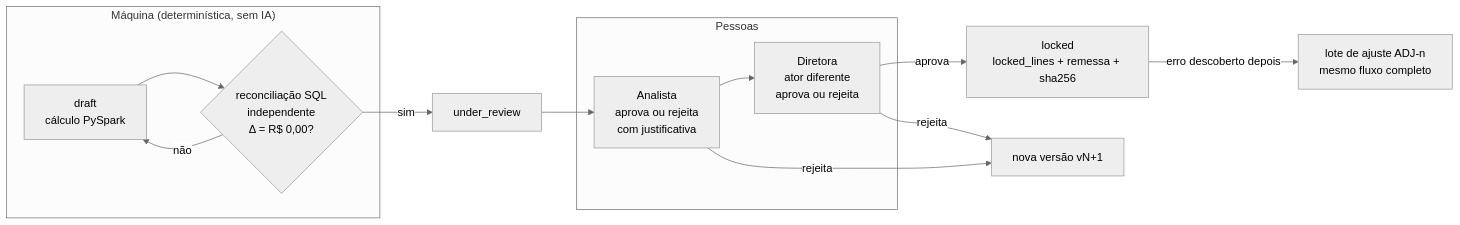
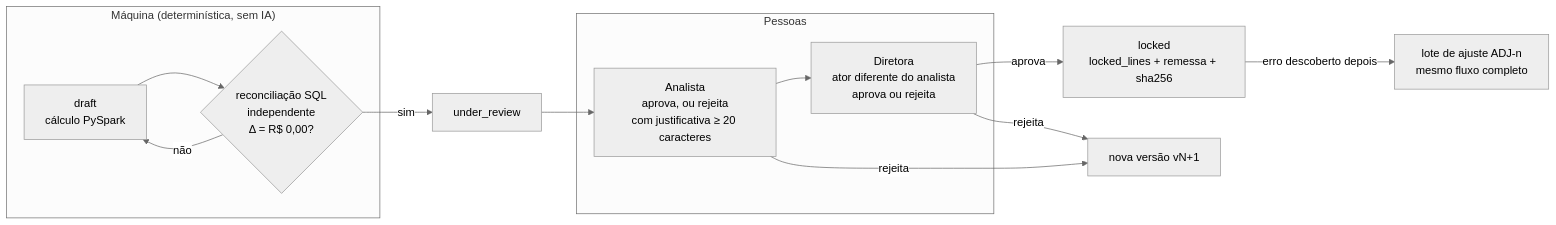
Before and after one commit to AndreFelippeVidal/atlas-recarga: the second of 2 diagrams in docs/architecture.md, drawn with Mermaid (neutral theme). The commit also changed other lines of this file and 1 other file, not shown here.

First line of the commit message:
fix(architecture): align claims with specs after spec-reviewer

````diff
--- a/docs/architecture.md
+++ b/docs/architecture.md
@@ -127,15 +127,15 @@
 ```mermaid
 flowchart LR
     subgraph maquina["Máquina (determinística, sem IA)"]
         d["draft<br/>cálculo PySpark"] --> r{"reconciliação SQL<br/>independente<br/>Δ = R$ 0,00?"}
     end
     subgraph pessoas["Pessoas"]
-        a["Analista<br/>aprova ou rejeita<br/>com justificativa"] --> h["Diretora<br/>ator diferente<br/>aprova ou rejeita"]
+        a["Analista<br/>aprova, ou rejeita<br/>com justificativa ≥ 20 caracteres"] --> h["Diretora<br/>ator diferente do analista<br/>aprova ou rejeita"]
     end
     r -->|"sim"| ur["under_review"] --> a
     r -->|"não"| d
     h -->|"aprova"| l["locked<br/>locked_lines + remessa + sha256"]
     a -->|"rejeita"| v["nova versão vN+1"]
     h -->|"rejeita"| v
     l -->|"erro descoberto depois"| adj["lote de ajuste ADJ-n<br/>mesmo fluxo completo"]
 ```
````
